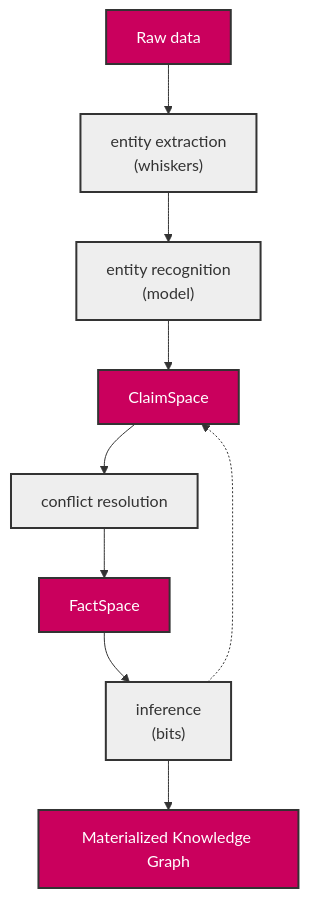
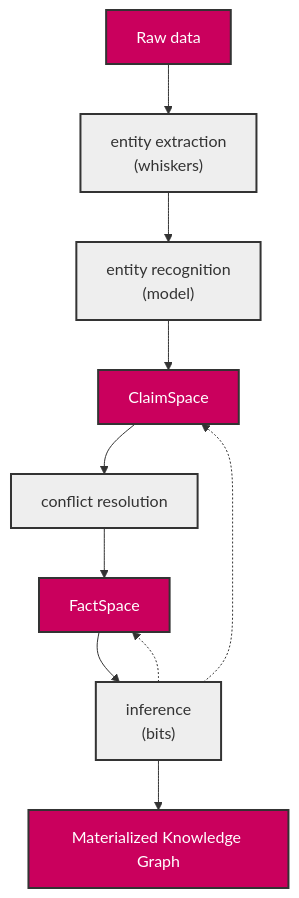
The eighth of 8 diagrams in octopoes/docs/diagrams.md (minvws/nl-kat-coordination), drawn with Mermaid before and after one commit.

Commit message:
docs(octopoes): diagrams

````diff
--- a/octopoes/docs/diagrams.md
+++ b/octopoes/docs/diagrams.md
@@ -179,23 +179,24 @@
 ```mermaid  
 graph
  
 
     A[Raw data]
     B[ClaimSpace]
     C[FactSpace]
     D[Materialized Knowledge Graph]
     
     p1["entity extraction \n(whiskers)"]
     p2["entity recognition \n(model)"]
     p3["conflict resolution"]
     p4["inference \n(bits)"]
     
     A --> p1 
     p1 --> p2 --> B --> p3 --> C --> p4 --> D
     p4 -.-> B
+    p4 -.-> C
     
     classDef stage fill:#ca005d,color:white,stroke:#333,stroke-width:2px;  
     classDef processor fill:#eee,stroke:#333,stroke-width:2px;
     class A,B,C,D stage
     class p1,p2,p3,p4 processor
 ```
````
